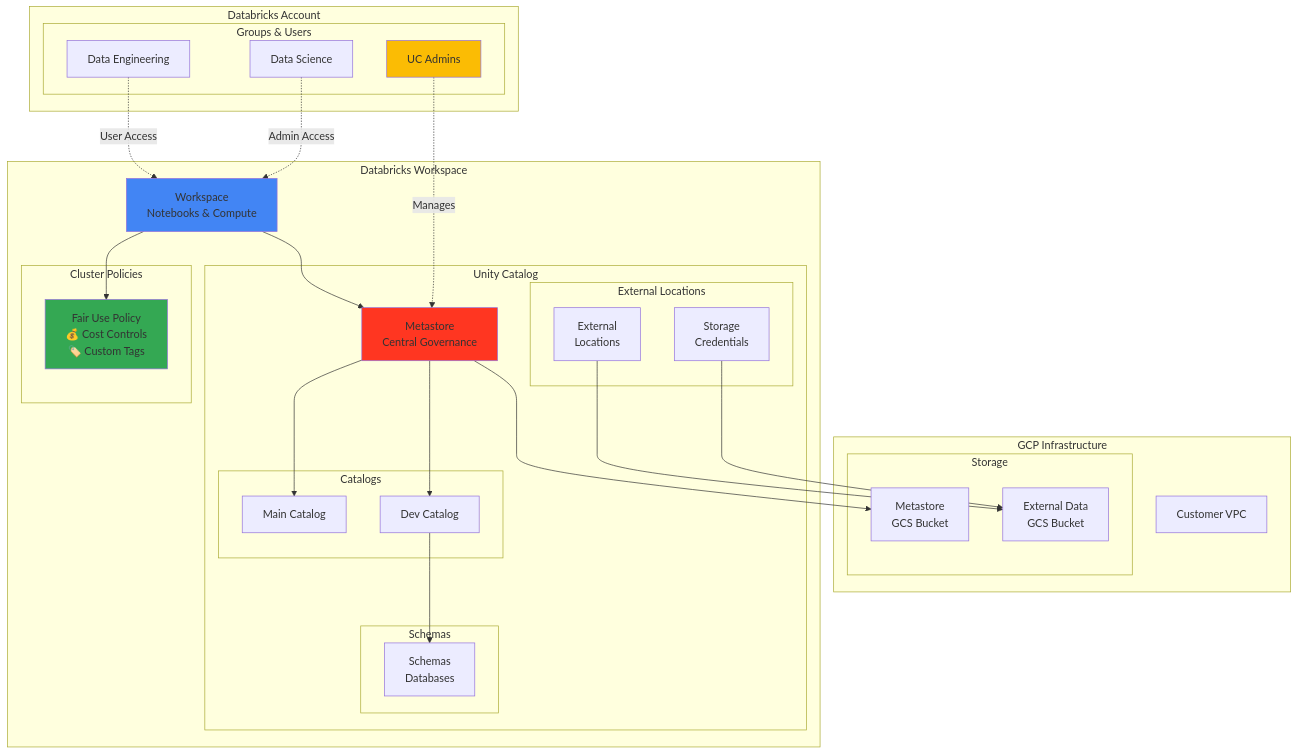
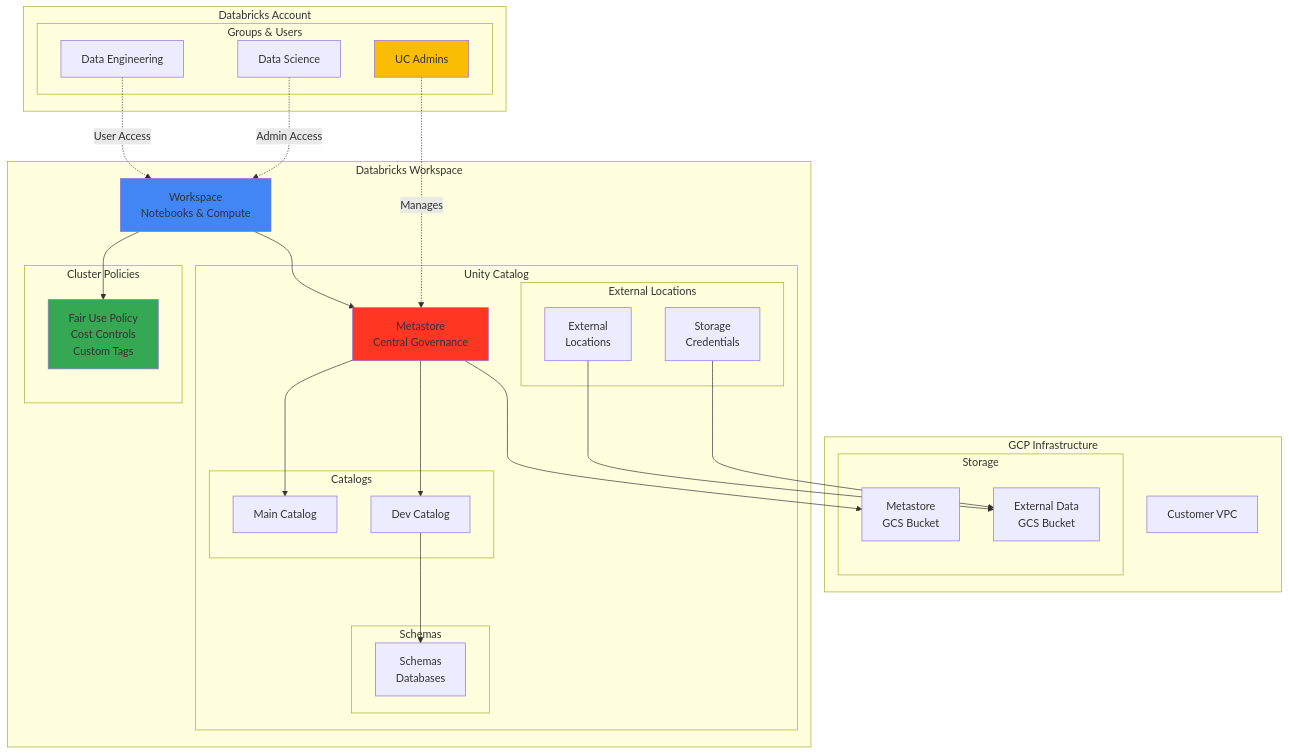
Before and after one commit to bhavink/databricks: the eighth of 15 diagrams in gcpdb4u/templates/terraform-scripts/readme.md, drawn with Mermaid. The commit also changed other lines of this file and 81 other files, not shown here.

````diff
--- a/gcpdb4u/templates/terraform-scripts/readme.md
+++ b/gcpdb4u/templates/terraform-scripts/readme.md
@@ -459,64 +459,64 @@
 ```mermaid
 graph TB
     subgraph "GCP Infrastructure"
         VPC[Customer VPC]
 
         subgraph "Storage"
             META_BUCKET[Metastore<br/>GCS Bucket]
             EXT_BUCKET[External Data<br/>GCS Bucket]
         end
     end
 
     subgraph "Databricks Workspace"
         WS[Workspace<br/>Notebooks & Compute]
 
         subgraph "Unity Catalog"
             META[Metastore<br/>Central Governance]
 
             subgraph "Catalogs"
                 MAIN[Main Catalog]
                 DEV[Dev Catalog]
             end
 
             subgraph "Schemas"
                 SCHEMA[Schemas<br/>Databases]
             end
 
             subgraph "External Locations"
                 EXT_LOC[External<br/>Locations]
                 CREDS[Storage<br/>Credentials]
             end
         end
 
         subgraph "Cluster Policies"
-            POLICY[Fair Use Policy<br/>💰 Cost Controls<br/>🏷️ Custom Tags]
+            POLICY[Fair Use Policy<br/> Cost Controls<br/> Custom Tags]
         end
     end
 
     subgraph "Databricks Account"
         subgraph "Groups & Users"
             UC_ADMIN[UC Admins]
             DATA_ENG[Data Engineering]
             DATA_SCI[Data Science]
         end
     end
 
     META --> META_BUCKET
     META --> MAIN
     META --> DEV
     DEV --> SCHEMA
     EXT_LOC --> EXT_BUCKET
     CREDS --> EXT_BUCKET
 
     WS --> META
     WS --> POLICY
 
     UC_ADMIN -.Manages.-> META
     DATA_ENG -.User Access.-> WS
     DATA_SCI -.Admin Access.-> WS
 
     style META fill:#FF3621
     style UC_ADMIN fill:#FBBC04
     style POLICY fill:#34A853
     style WS fill:#4285F4
 ```
````
